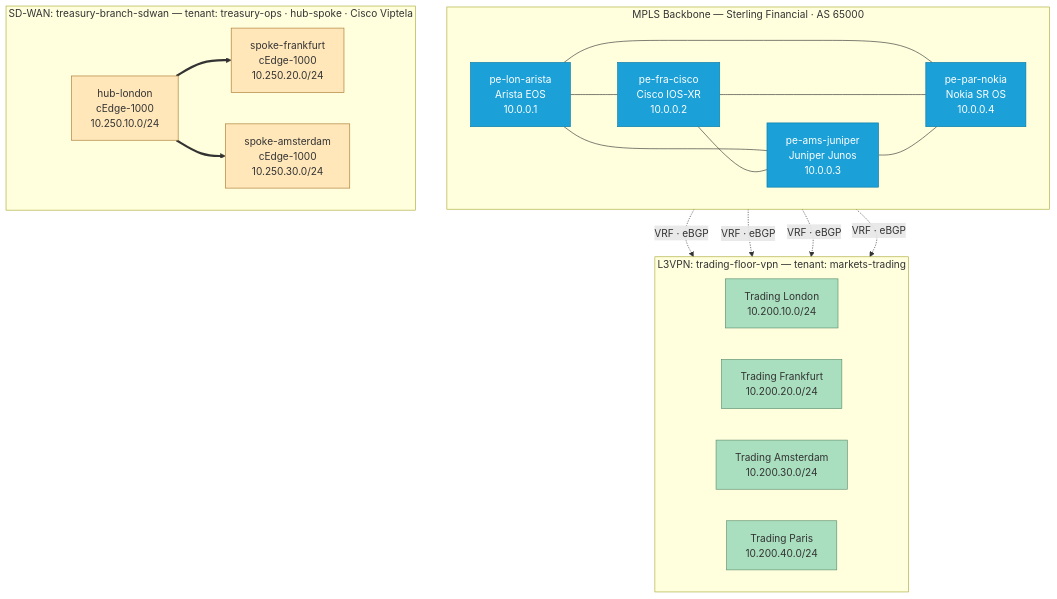
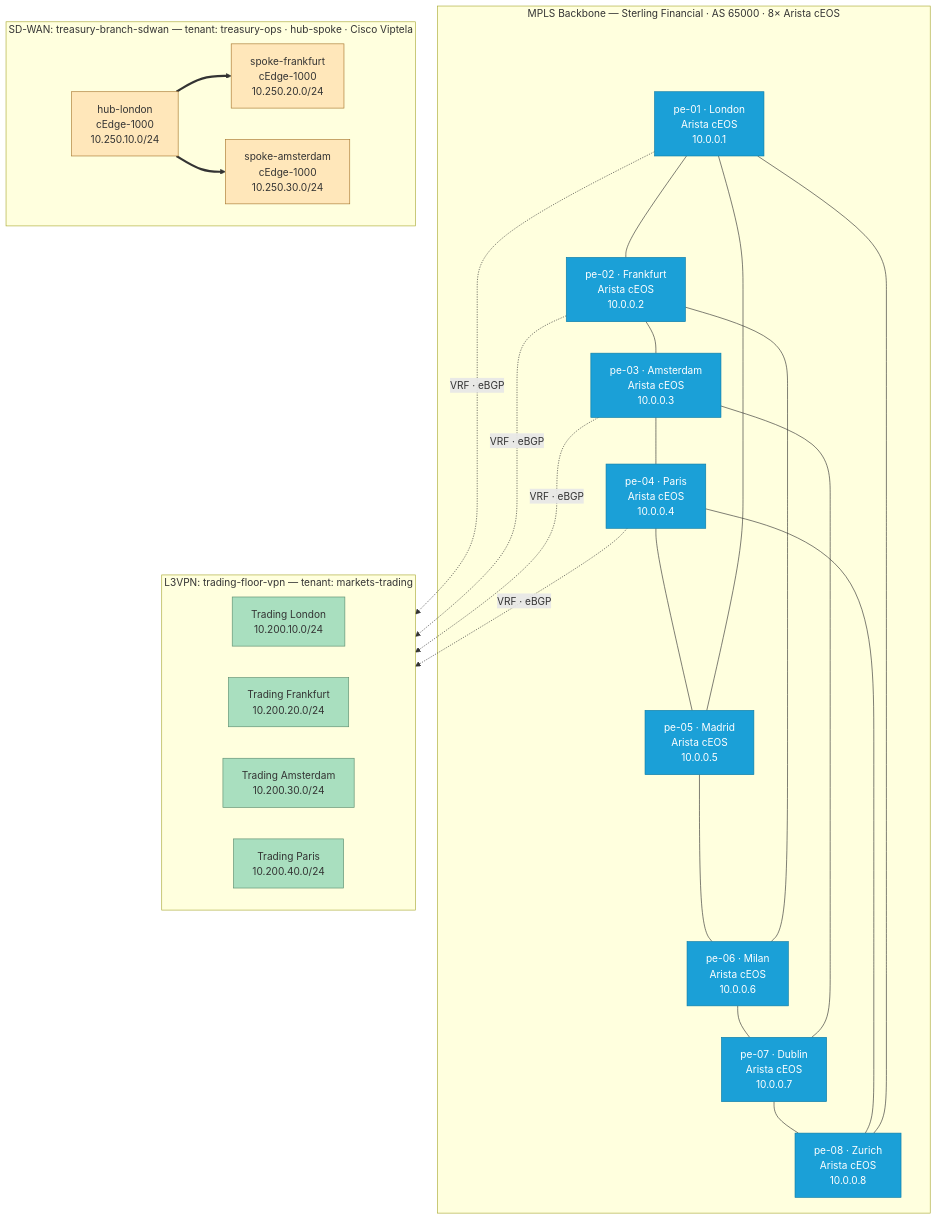
One commit to opsmill/infrahub-docs changed the diagram in docs/docs-infrahub-demo-sp/readme.mdx. Above: the diagram before and after it, drawn with Mermaid. The commit also changed other lines of this file and 7 other files, not shown here.

````diff
--- a/docs/docs-infrahub-demo-sp/readme.mdx
+++ b/docs/docs-infrahub-demo-sp/readme.mdx
@@ -93,42 +93,54 @@
 ```mermaid
 flowchart TB
-    subgraph backbone["MPLS Backbone — Sterling Financial · AS 65000"]
-        direction LR
-        pe_lon["pe-lon-arista<br/>Arista EOS<br/>10.0.0.1"]
-        pe_fra["pe-fra-cisco<br/>Cisco IOS-XR<br/>10.0.0.2"]
-        pe_ams["pe-ams-juniper<br/>Juniper Junos<br/>10.0.0.3"]
-        pe_par["pe-par-nokia<br/>Nokia SR OS<br/>10.0.0.4"]
-        pe_lon --- pe_fra & pe_ams & pe_par
-        pe_fra --- pe_ams & pe_par
-        pe_ams --- pe_par
+    subgraph backbone["MPLS Backbone — Sterling Financial · AS 65000 · 8× Arista cEOS"]
+        pe01["pe-01 · London<br/>Arista cEOS<br/>10.0.0.1"]
+        pe02["pe-02 · Frankfurt<br/>Arista cEOS<br/>10.0.0.2"]
+        pe03["pe-03 · Amsterdam<br/>Arista cEOS<br/>10.0.0.3"]
+        pe04["pe-04 · Paris<br/>Arista cEOS<br/>10.0.0.4"]
+        pe05["pe-05 · Madrid<br/>Arista cEOS<br/>10.0.0.5"]
+        pe06["pe-06 · Milan<br/>Arista cEOS<br/>10.0.0.6"]
+        pe07["pe-07 · Dublin<br/>Arista cEOS<br/>10.0.0.7"]
+        pe08["pe-08 · Zurich<br/>Arista cEOS<br/>10.0.0.8"]
+        pe01 --- pe02
+        pe02 --- pe03
+        pe03 --- pe04
+        pe04 --- pe05
+        pe05 --- pe06
+        pe06 --- pe07
+        pe07 --- pe08
+        pe08 --- pe01
+        pe01 --- pe05
+        pe02 --- pe06
+        pe03 --- pe07
+        pe04 --- pe08
     end
 
     subgraph l3vpn["L3VPN: trading-floor-vpn — tenant: markets-trading"]
         direction LR
         ce_lon["Trading London<br/>10.200.10.0/24"]
         ce_fra["Trading Frankfurt<br/>10.200.20.0/24"]
         ce_ams["Trading Amsterdam<br/>10.200.30.0/24"]
         ce_par["Trading Paris<br/>10.200.40.0/24"]
     end
 
-    pe_lon -. "VRF · eBGP" .-> ce_lon
-    pe_fra -. "VRF · eBGP" .-> ce_fra
-    pe_ams -. "VRF · eBGP" .-> ce_ams
-    pe_par -. "VRF · eBGP" .-> ce_par
+    pe01 -. "VRF · eBGP" .-> ce_lon
+    pe02 -. "VRF · eBGP" .-> ce_fra
+    pe03 -. "VRF · eBGP" .-> ce_ams
+    pe04 -. "VRF · eBGP" .-> ce_par
 
     subgraph sdwan["SD-WAN: treasury-branch-sdwan — tenant: treasury-ops · hub-spoke · Cisco Viptela"]
         direction LR
         hub_lon["hub-london<br/>cEdge-1000<br/>10.250.10.0/24"]
         sp_fra["spoke-frankfurt<br/>cEdge-1000<br/>10.250.20.0/24"]
         sp_ams["spoke-amsterdam<br/>cEdge-1000<br/>10.250.30.0/24"]
         hub_lon ==> sp_fra
         hub_lon ==> sp_ams
     end
 
     classDef pe fill:#1ba0d7,stroke:#0a7ba5,color:#fff
     classDef ce fill:#A9DFBF,stroke:#5d8d6f
     classDef edge fill:#FFE7BA,stroke:#a8772f
-    class pe_lon,pe_fra,pe_ams,pe_par pe
+    class pe01,pe02,pe03,pe04,pe05,pe06,pe07,pe08 pe
     class ce_lon,ce_fra,ce_ams,ce_par ce
     class hub_lon,sp_fra,sp_ams edge
 ```
````
